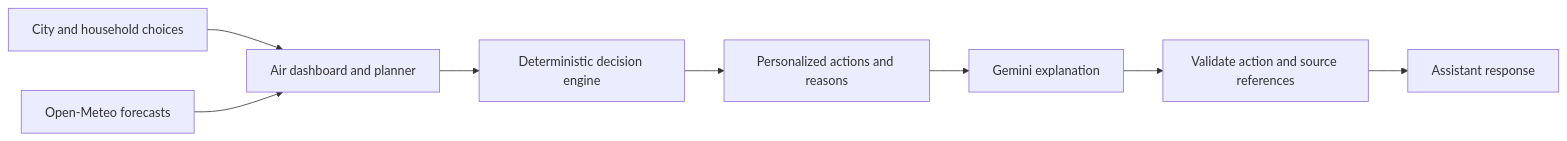
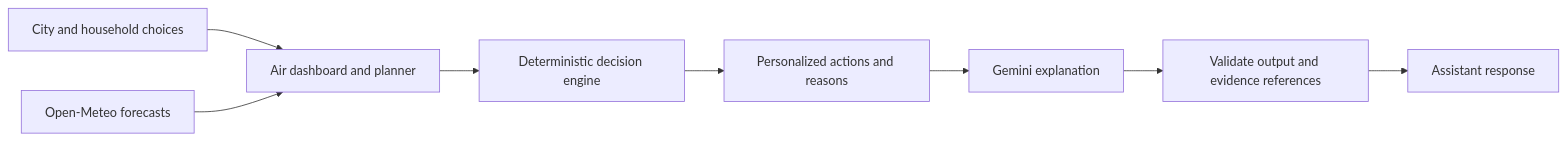
Before and after one commit to priyanshuchawda/saafsky: the diagram in README.md, drawn with Mermaid. The commit also changed other lines of this file and 13 other files, not shown here.

````diff
--- a/README.md
+++ b/README.md
@@ -35,10 +35,10 @@
 ```mermaid
 flowchart LR
   User[City and household choices] --> Dashboard[Air dashboard and planner]
   Meteo[Open-Meteo forecasts] --> Dashboard
   Dashboard --> Rules[Deterministic decision engine]
   Rules --> Plan[Personalized actions and reasons]
   Plan --> Gemini[Gemini explanation]
-  Gemini --> Validation[Validate action and source references]
+  Gemini --> Validation[Validate output and evidence references]
   Validation --> Answer[Assistant response]
 ```
````
